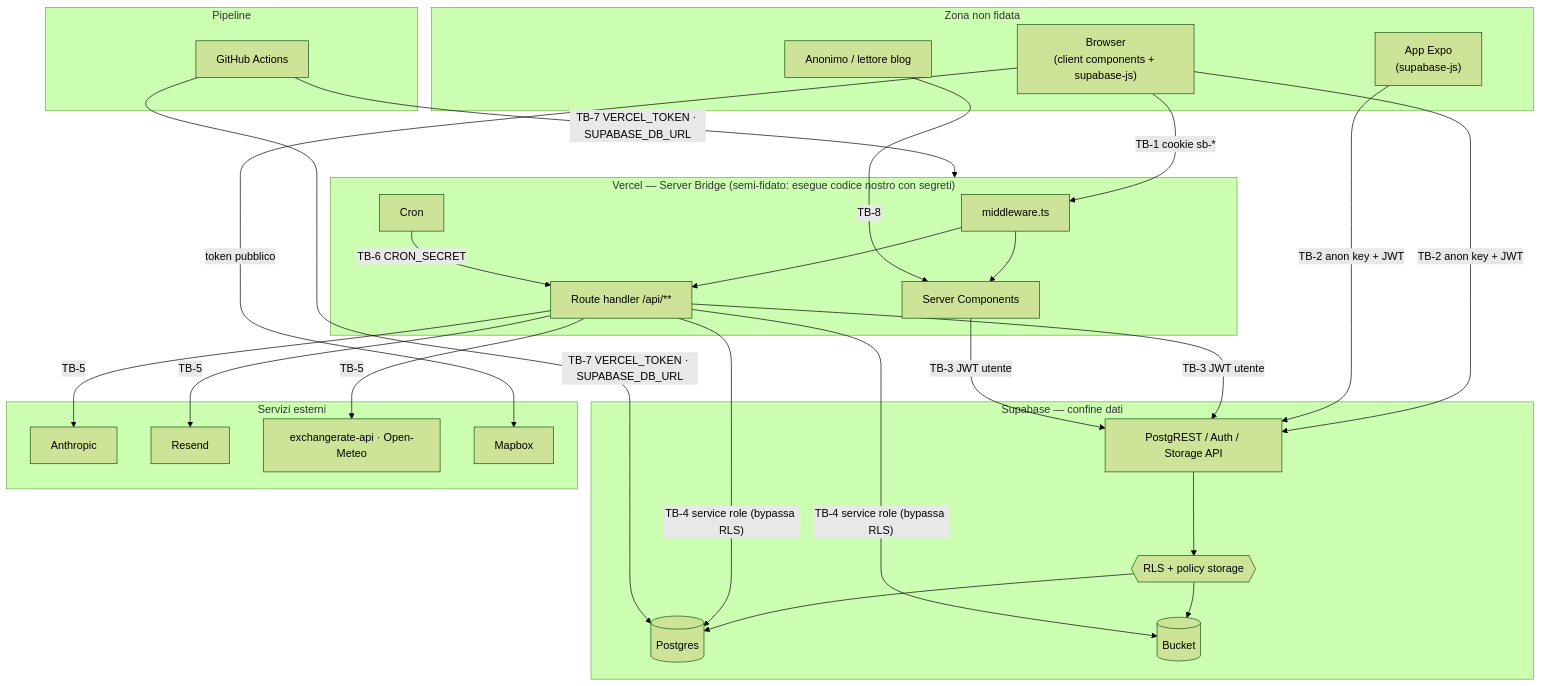
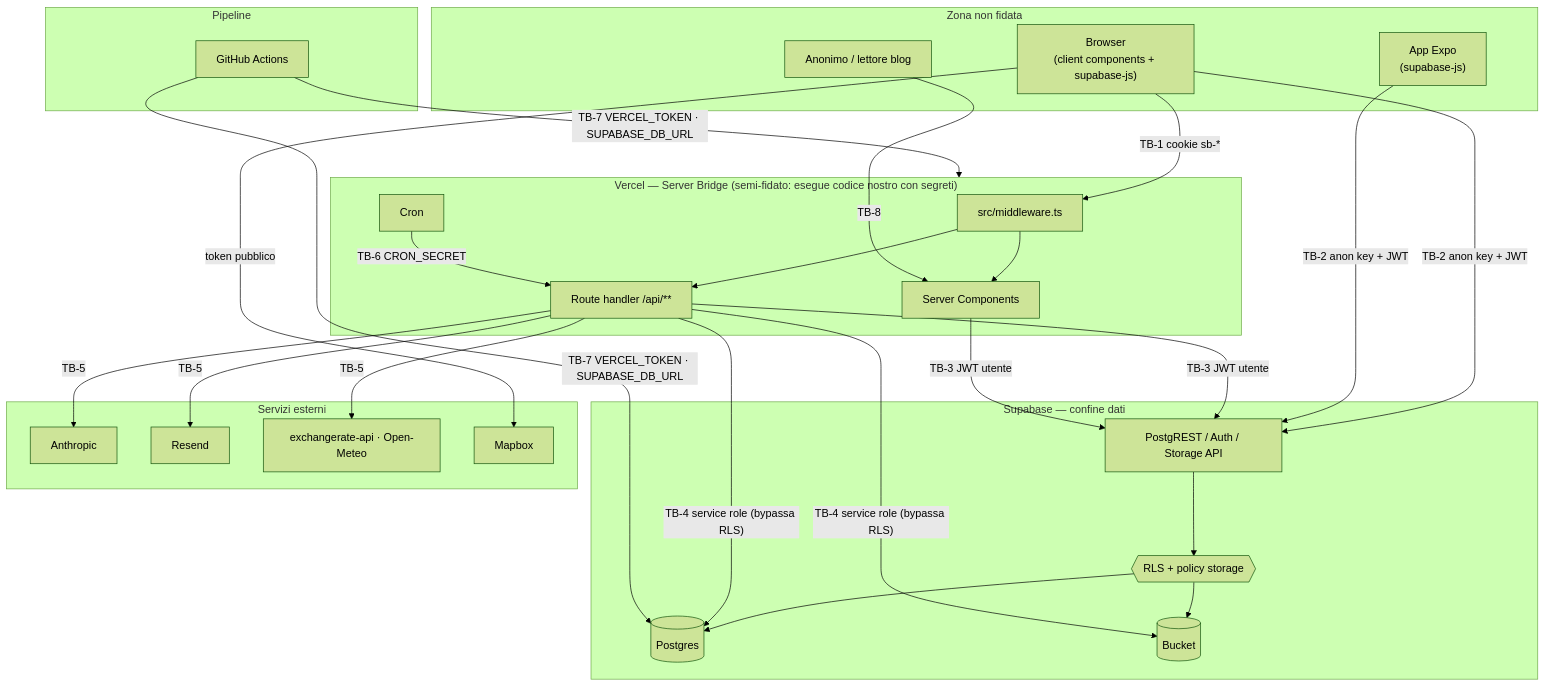
The diagram in docs/security/03-SECURITY-ARCHITECTURE.md (NicoloCalandri/motonui), drawn with Mermaid (forest theme) before and after one commit. The commit also changed other lines of this file and 6 other files, not shown here.

First line of the commit message:
fix(backend): move middleware to src/ so Next.js actually runs it

````diff
--- a/docs/security/03-SECURITY-ARCHITECTURE.md
+++ b/docs/security/03-SECURITY-ARCHITECTURE.md
@@ -9,46 +9,46 @@
 ```mermaid
 flowchart TB
     subgraph U["Zona non fidata"]
         B["Browser<br/>(client components + supabase-js)"]
         M["App Expo<br/>(supabase-js)"]
         ANON["Anonimo / lettore blog"]
     end
 
     subgraph V["Vercel — Server Bridge (semi-fidato: esegue codice nostro con segreti)"]
-        MW["middleware.ts"]
+        MW["src/middleware.ts"]
         RH["Route handler /api/**"]
         SC["Server Components"]
         CR["Cron"]
     end
 
     subgraph S["Supabase — confine dati"]
         GW["PostgREST / Auth / Storage API"]
         RLS{{"RLS + policy storage"}}
         DB[("Postgres")]
         BK[("Bucket")]
     end
 
     subgraph X["Servizi esterni"]
         AN["Anthropic"]
         RS["Resend"]
         FX["exchangerate-api · Open-Meteo"]
         MB["Mapbox"]
     end
 
     subgraph CI["Pipeline"]
         GH["GitHub Actions"]
     end
 
     B -- "TB-1 cookie sb-*" --> MW --> RH & SC
     ANON -- "TB-8" --> SC
     B -- "TB-2 anon key + JWT" --> GW
     M -- "TB-2 anon key + JWT" --> GW
     RH -- "TB-3 JWT utente" --> GW
     SC -- "TB-3 JWT utente" --> GW
     GW --> RLS --> DB & BK
     RH -- "TB-4 service role (bypassa RLS)" --> DB & BK
     RH -- "TB-5" --> AN & RS & FX
     B -- "token pubblico" --> MB
     CR -- "TB-6 CRON_SECRET" --> RH
     GH -- "TB-7 VERCEL_TOKEN · SUPABASE_DB_URL" --> V & DB
 ```
````
